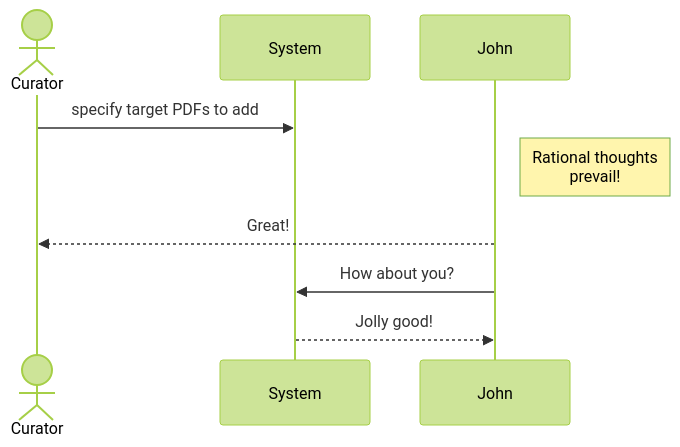
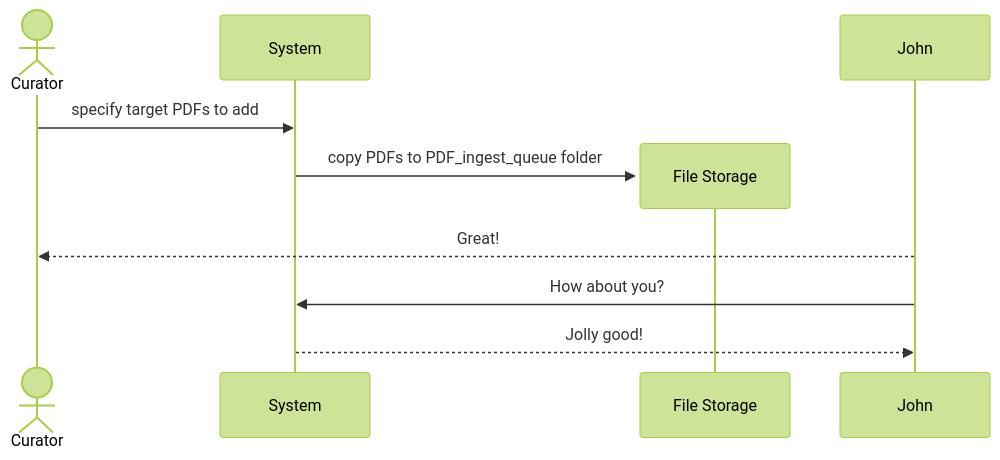
One commit to drew-wks/ASK changed the diagram in docs/library_admin_processes.md. Above: the diagram before and after it, drawn with Mermaid (forest theme).

````diff
--- a/docs/library_admin_processes.md
+++ b/docs/library_admin_processes.md
@@ -5,10 +5,11 @@
 ```mermaid
 sequenceDiagram
     actor Curator
     participant System
     Curator->>System: specify target PDFs to add
-    Note right of John: Rational thoughts <br/>prevail!
+    Create participant File Storage
+    System->>File Storage: copy PDFs to PDF_ingest_queue folder
     John-->>Curator: Great!
     John->>System: How about you?
     System-->>John: Jolly good!
 ```
````
